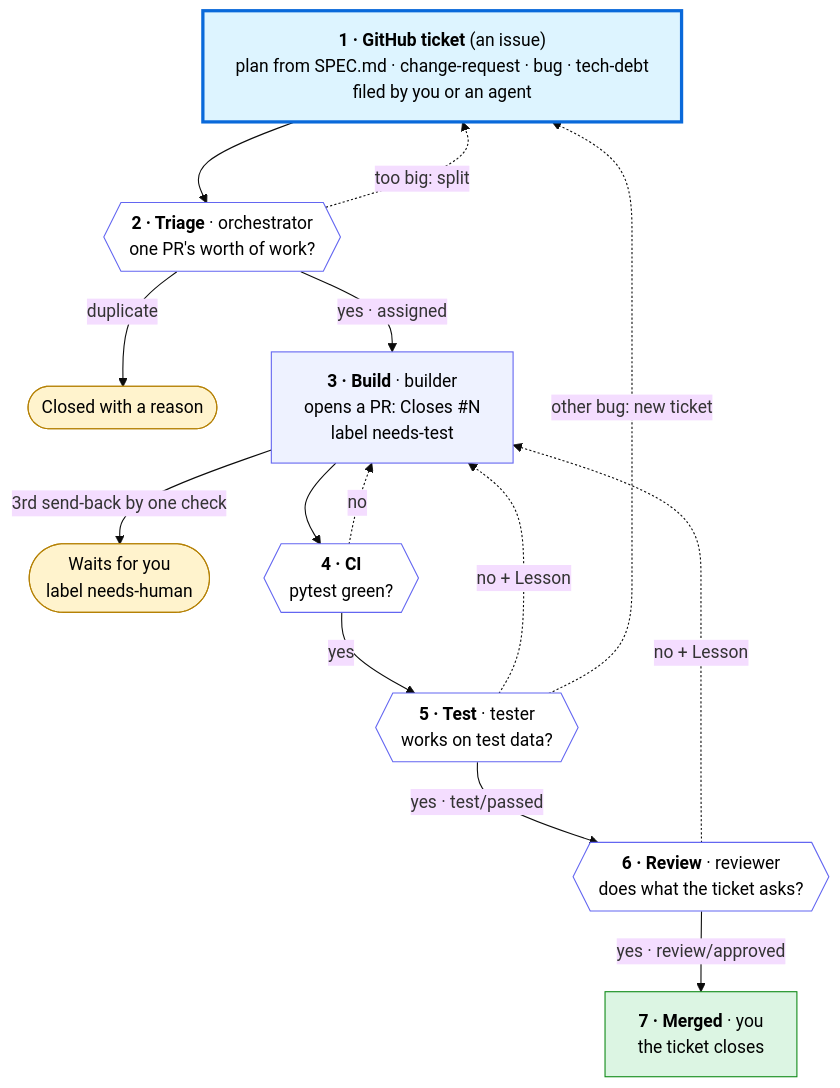
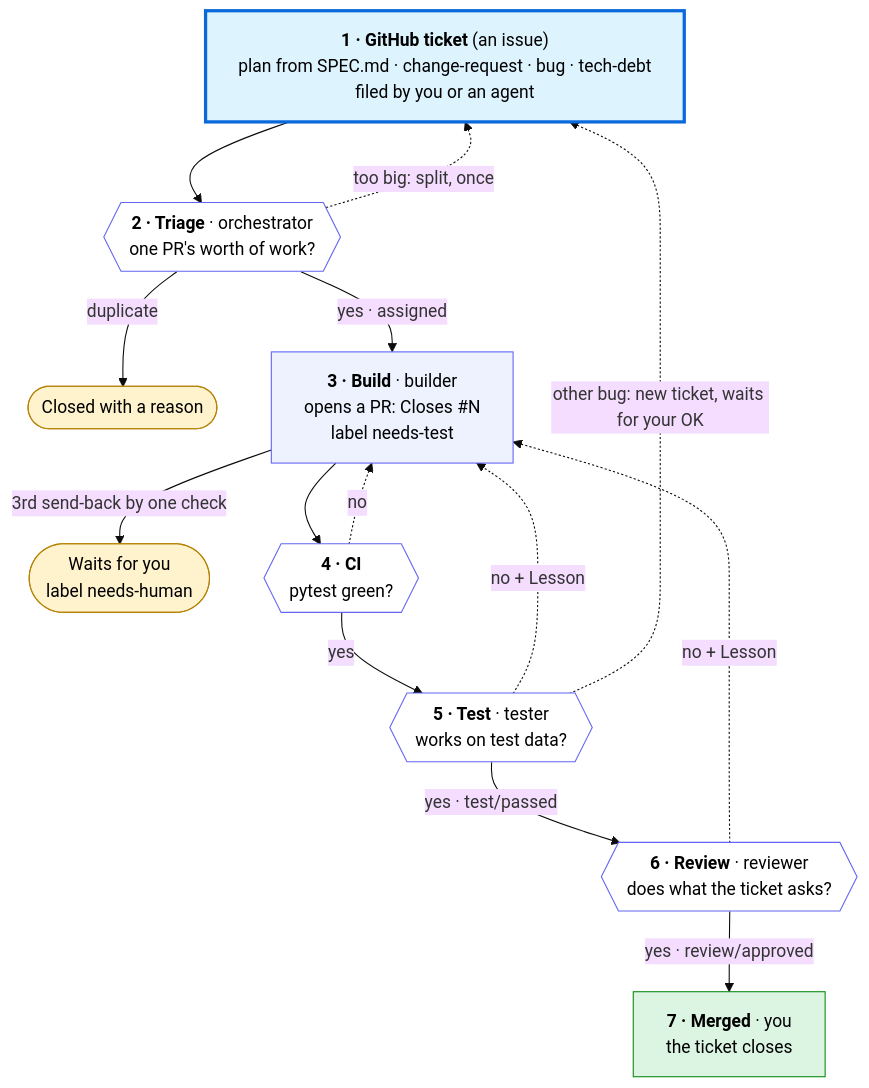
The diagram in agents/WORKFLOW.md (nikhil-kunapareddy/daily-briefing), drawn with Mermaid (base theme) before and after one commit. The commit also changed other lines of this file and 5 other files, not shown here.

````diff
--- a/agents/WORKFLOW.md
+++ b/agents/WORKFLOW.md
@@ -11,38 +11,38 @@
 ```mermaid
 %%{init: {"flowchart": {"wrappingWidth": 440}}}%%
 flowchart TD
   T["<b>1 · GitHub ticket</b> (an issue)<br/>plan from SPEC.md · change-request · bug · tech-debt<br/>filed by you or an agent"]
   O{{"<b>2 · Triage</b> · orchestrator<br/>one PR's worth of work?"}}
   X(["Closed with a reason"])
   B["<b>3 · Build</b> · builder<br/>opens a PR: Closes #N<br/>label needs-test"]
   H(["Waits for you<br/>label needs-human"])
   C{{"<b>4 · CI</b><br/>pytest green?"}}
   TE{{"<b>5 · Test</b> · tester<br/>works on test data?"}}
   R{{"<b>6 · Review</b> · reviewer<br/>does what the ticket asks?"}}
   M["<b>7 · Merged</b> · you<br/>the ticket closes"]
 
   T --> O
   O -->|"yes · assigned"| B
   O -->|"duplicate"| X
-  O -.->|"too big: split"| T
+  O -.->|"too big: split, once"| T
   B --> C
   B -->|"3rd send-back by one check"| H
   C -->|"yes"| TE
   C -.->|"no"| B
   TE -->|"yes · test/passed"| R
   TE -.->|"no + Lesson"| B
-  TE -.->|"other bug: new ticket"| T
+  TE -.->|"other bug: new ticket, waits for your OK"| T
   R -->|"yes · review/approved"| M
   R -.->|"no + Lesson"| B
 
   classDef ticket fill:#ddf4ff,stroke:#0969da,stroke-width:3px,color:#000
   classDef step fill:#eef2ff,stroke:#6366f1,color:#000
   classDef check fill:#fff,stroke:#6366f1,color:#000
   classDef done fill:#dcf5e3,stroke:#0e8a16,color:#000
   classDef side fill:#fff3cd,stroke:#b58105,color:#000
   class T ticket
   class B step
   class O,C,TE,R check
   class M done
   class X,H side
 ```
````
